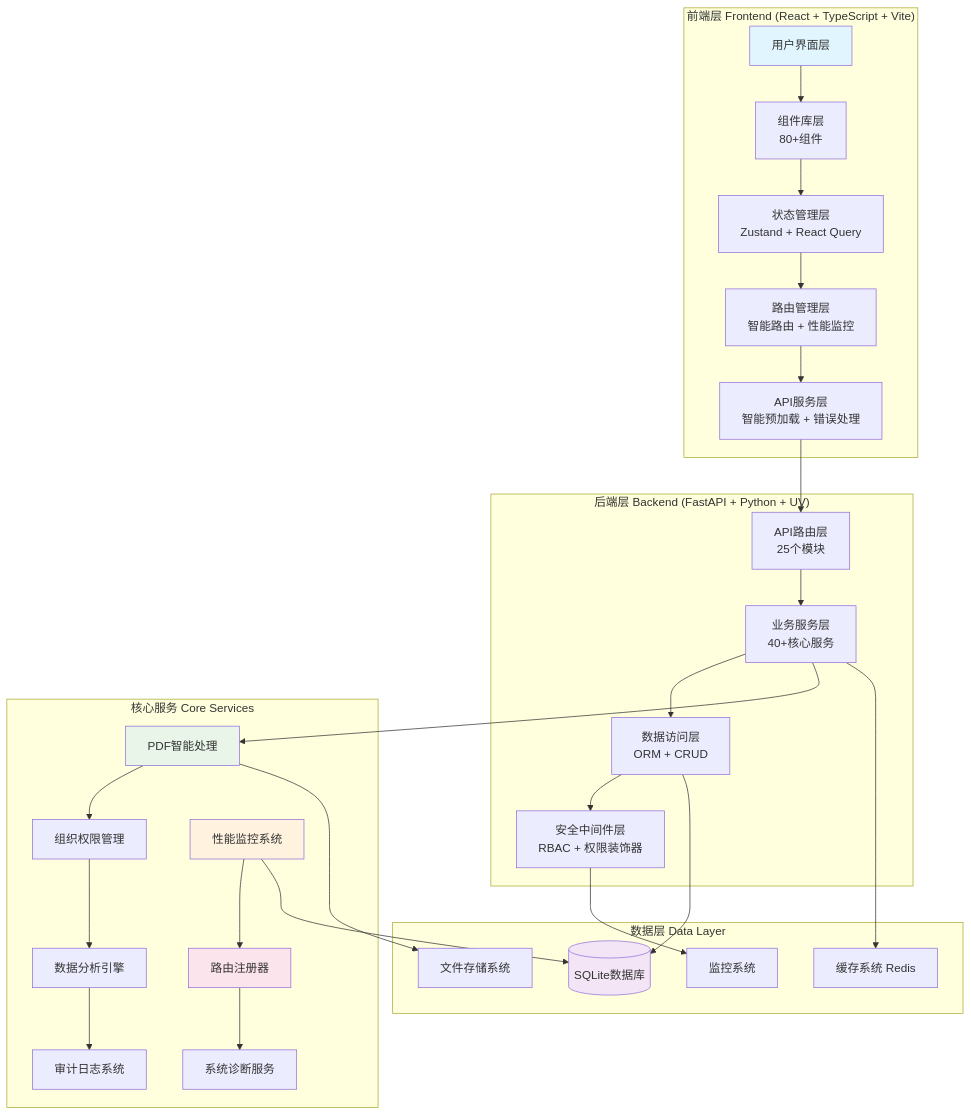
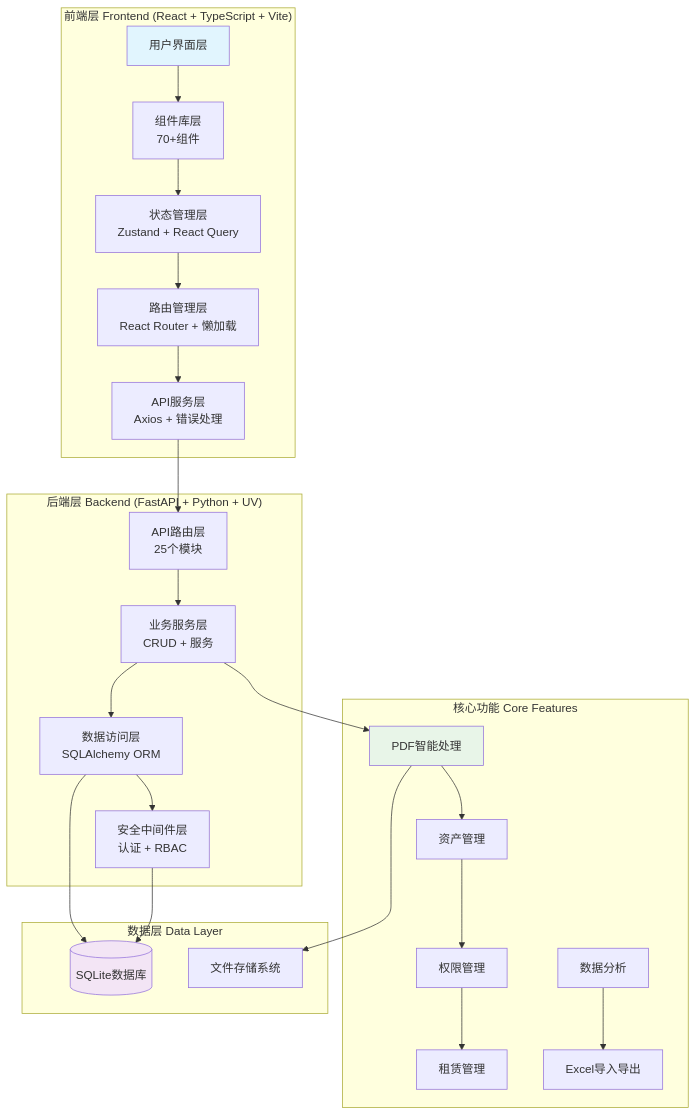
Before and after one commit to yqy2026/zcgl: the first of 2 diagrams in CLAUDE.md, drawn with Mermaid. The commit also changed other lines of this file and 82 other files, not shown here.

````diff
--- a/CLAUDE.md
+++ b/CLAUDE.md
@@ -66,44 +57,37 @@
 ```mermaid
 graph TB
     subgraph "前端层 Frontend (React + TypeScript + Vite)"
-        A[用户界面层] --> B[组件库层<br/>80+组件]
+        A[用户界面层] --> B[组件库层<br/>70+组件]
         B --> C[状态管理层<br/>Zustand + React Query]
-        C --> D[路由管理层<br/>智能路由 + 性能监控]
-        D --> E[API服务层<br/>智能预加载 + 错误处理]
+        C --> D[路由管理层<br/>React Router + 懒加载]
+        D --> E[API服务层<br/>Axios + 错误处理]
     end
 
     subgraph "后端层 Backend (FastAPI + Python + UV)"
-        F[API路由层<br/>25个模块] --> G[业务服务层<br/>40+核心服务]
-        G --> H[数据访问层<br/>ORM + CRUD]
-        H --> I[安全中间件层<br/>RBAC + 权限装饰器]
+        F[API路由层<br/>25个模块] --> G[业务服务层<br/>CRUD + 服务]
+        G --> H[数据访问层<br/>SQLAlchemy ORM]
+        H --> I[安全中间件层<br/>认证 + RBAC]
     end
 
-    subgraph "核心服务 Core Services"
-        J[PDF智能处理] --> K[组织权限管理]
-        K --> L[数据分析引擎]
-        L --> M[审计日志系统]
-        N[性能监控系统] --> O[路由注册器]
-        O --> P[系统诊断服务]
+    subgraph "核心功能 Core Features"
+        J[PDF智能处理] --> K[资产管理]
+        K --> L[权限管理]
+        L --> M[租赁管理]
+        N[数据分析] --> O[Excel导入导出]
     end
 
     subgraph "数据层 Data Layer"
         Q[(SQLite数据库)]
         R[文件存储系统]
-        S[缓存系统 Redis]
-        T[监控系统]
     end
 
     E --> F
     G --> J
     H --> Q
-    I --> T
+    I --> Q
     J --> R
-    G --> S
-    N --> Q
 
     style A fill:#e1f5fe
     style Q fill:#f3e5f5
     style J fill:#e8f5e8
-    style N fill:#fff3e0
-    style O fill:#fce4ec
 ```
````
